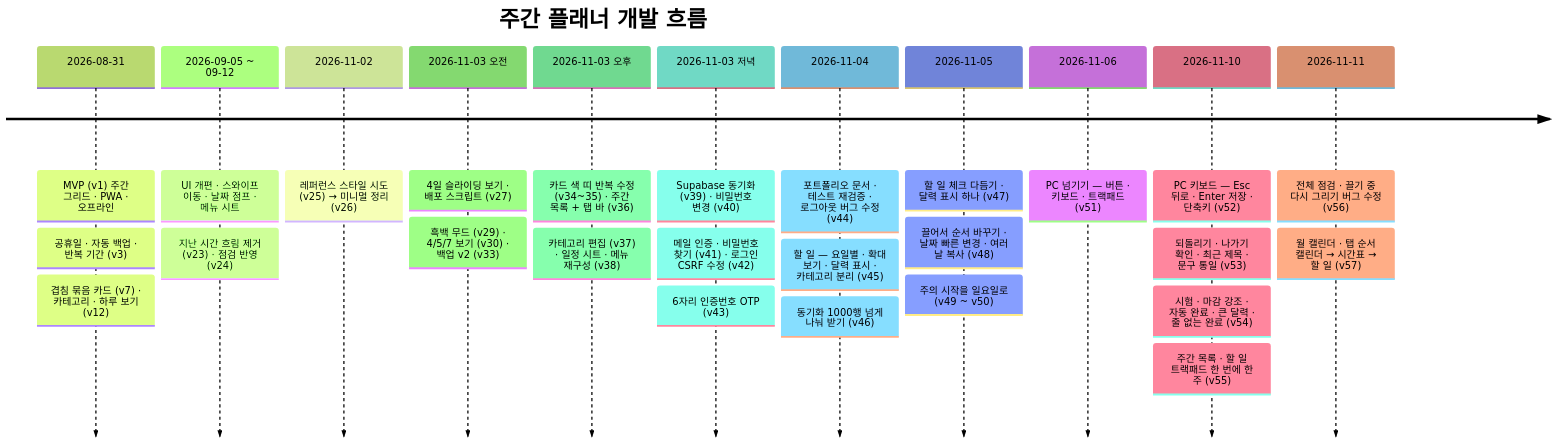
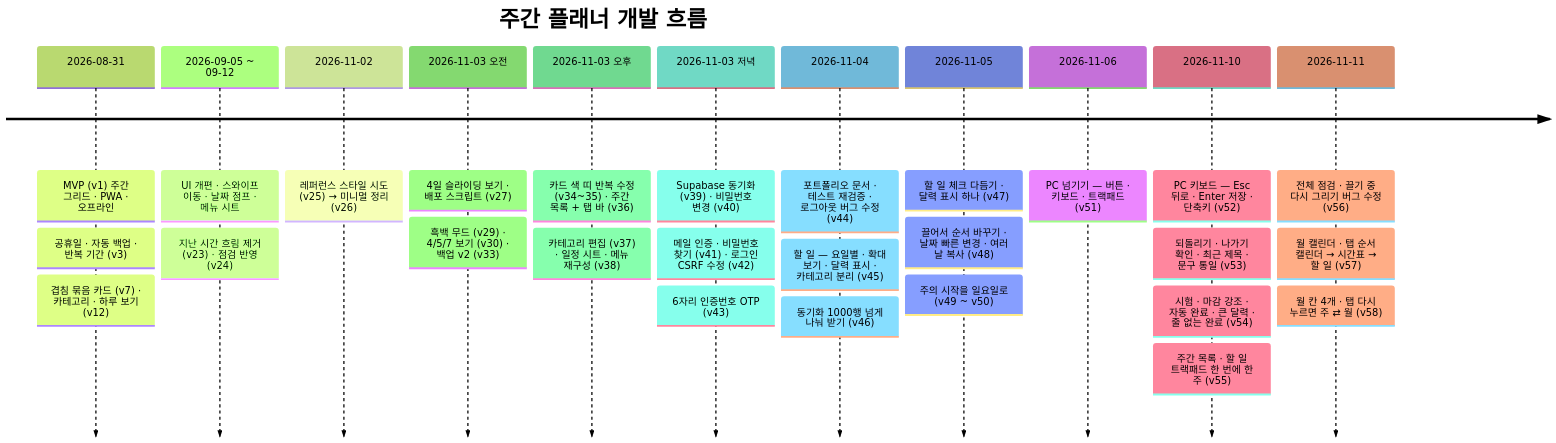
Before and after one commit to jmg0929/weekly-planner: the second of 2 diagrams in docs/README.md, drawn with Mermaid (forest theme). The commit also changed other lines of this file and 7 other files, not shown here.

````diff
--- a/docs/README.md
+++ b/docs/README.md
@@ -123,30 +123,31 @@
 ```mermaid
 timeline
   title 주간 플래너 개발 흐름
   2026-08-31 : MVP (v1) 주간 그리드 · PWA · 오프라인
              : 공휴일 · 자동 백업 · 반복 기간 (v3)
              : 겹침 묶음 카드 (v7) · 카테고리 · 하루 보기 (v12)
   2026-09-05 ~ 09-12 : UI 개편 · 스와이프 이동 · 날짜 점프 · 메뉴 시트
                      : 지난 시간 흐림 제거 (v23) · 점검 반영 (v24)
   2026-11-02 : 레퍼런스 스타일 시도 (v25) → 미니멀 정리 (v26)
   2026-11-03 오전 : 4일 슬라이딩 보기 · 배포 스크립트 (v27)
                  : 흑백 무드 (v29) · 4/5/7 보기 (v30) · 백업 v2 (v33)
   2026-11-03 오후 : 카드 색 띠 반복 수정 (v34~35) · 주간 목록 + 탭 바 (v36)
                  : 카테고리 편집 (v37) · 일정 시트 · 메뉴 재구성 (v38)
   2026-11-03 저녁 : Supabase 동기화 (v39) · 비밀번호 변경 (v40)
                  : 메일 인증 · 비밀번호 찾기 (v41) · 로그인 CSRF 수정 (v42)
                  : 6자리 인증번호 OTP (v43)
   2026-11-04 : 포트폴리오 문서 · 테스트 재검증 · 로그아웃 버그 수정 (v44)
              : 할 일 — 요일별 · 확대 보기 · 달력 표시 · 카테고리 분리 (v45)
              : 동기화 1000행 넘게 나눠 받기 (v46)
   2026-11-05 : 할 일 체크 다듬기 · 달력 표시 하나 (v47)
              : 끌어서 순서 바꾸기 · 날짜 빠른 변경 · 여러 날 복사 (v48)
              : 주의 시작을 일요일로 (v49 ~ v50)
   2026-11-06 : PC 넘기기 — 버튼 · 키보드 · 트랙패드 (v51)
   2026-11-10 : PC 키보드 — Esc 뒤로 · Enter 저장 · 단축키 (v52)
              : 되돌리기 · 나가기 확인 · 최근 제목 · 문구 통일 (v53)
              : 시험 · 마감 강조 · 자동 완료 · 큰 달력 · 줄 없는 완료 (v54)
              : 주간 목록 · 할 일 트랙패드 한 번에 한 주 (v55)
   2026-11-11 : 전체 점검 · 끌기 중 다시 그리기 버그 수정 (v56)
              : 월 캘린더 · 탭 순서 캘린더 → 시간표 → 할 일 (v57)
+             : 월 칸 4개 · 탭 다시 누르면 주 ⇄ 월 (v58)
 ```
````
